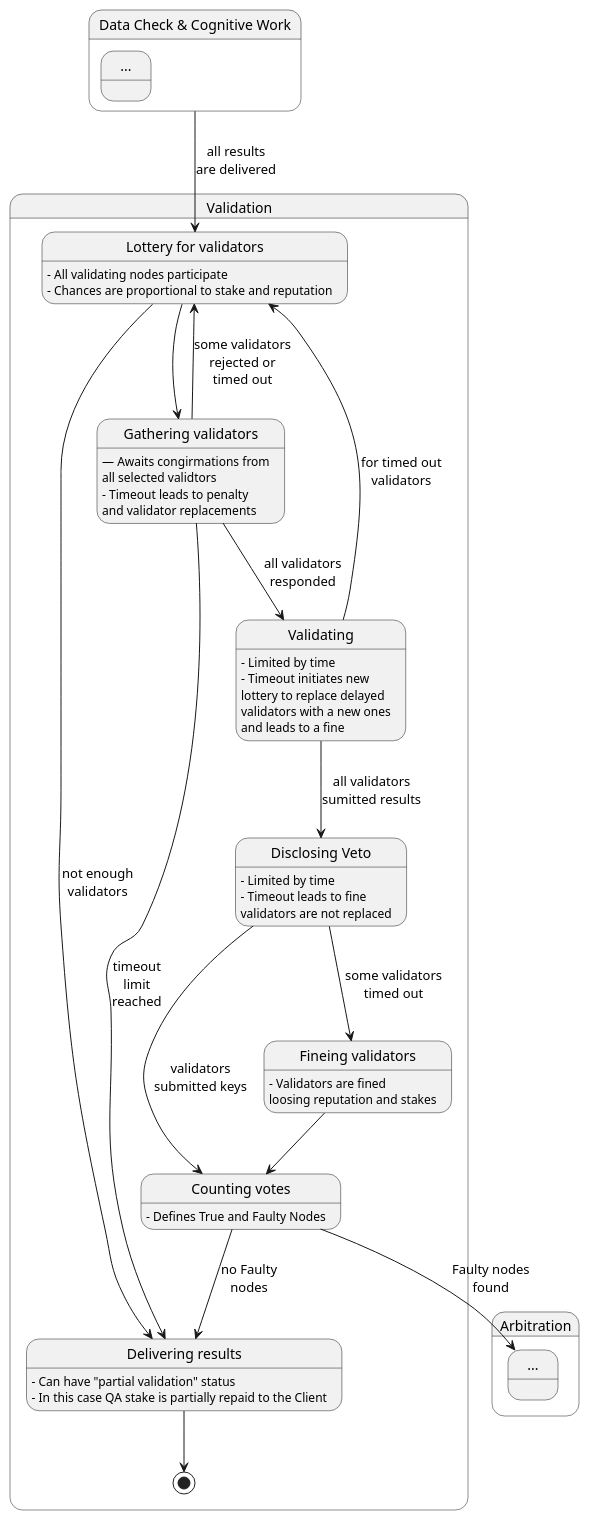
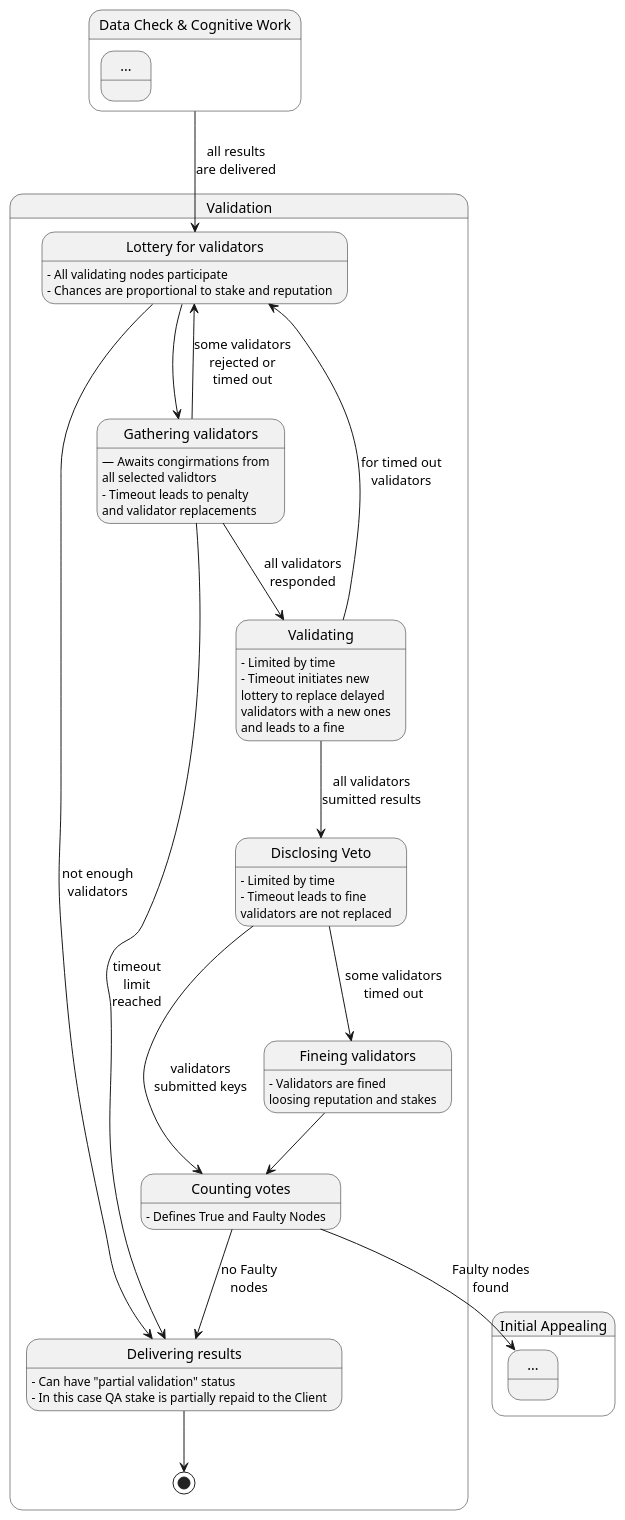
The diagram in state_validation.plantuml (pandoraboxchain/pocw-techspecs), drawn with PlantUML before and after one commit.

```diff
--- a/state_validation.plantuml
+++ b/state_validation.plantuml
@@ -1,61 +1,61 @@
 @startuml
 state "Data Check & Cognitive Work" as cognition {
   state "..." as prev
 }
 
 state "Validation" as validation {
   state "Lottery for validators" as lottery
   state "Gathering validators" as wait
   state "Validating" as validating
   state "Disclosing Veto" as disclosing
   state "Counting votes" as counting
   state "Fineing validators" as fineing
   state "Delivering results" as delivering
 
   lottery: – All validating nodes participate
   lottery: – Chances are proportional to stake and reputation
 
   wait: — Awaits congirmations from
   wait:   all selected validtors
   wait: – Timeout leads to penalty
   wait:   and validator replacements
 
   delivering: – Can have "partial validation" status
   delivering: – In this case QA stake is partially repaid to the Client
 
   validating: – Limited by time
   validating: – Timeout initiates new
   validating:   lottery to replace delayed
   validating:   validators with a new ones
   validating:   and leads to a fine
 
   disclosing: – Limited by time
   disclosing: – Timeout leads to fine
   disclosing:   validators are not replaced
 
   fineing: – Validators are fined
   fineing:   loosing reputation and stakes
 
   counting: – Defines True and Faulty Nodes
 
   cognition --> lottery: all results\nare delivered
   lottery --> wait
   lottery --> delivering: not enough\nvalidators
   wait --> lottery: some validators\nrejected or\ntimed out
   wait --> validating: all validators\nresponded
   wait --> delivering: timeout\nlimit\nreached
   validating --> disclosing: all validators\nsumitted results
   validating --> lottery: for timed out\nvalidators
   disclosing --> counting: validators\nsubmitted keys
   disclosing --> fineing: some validators\ntimed out
   fineing --> counting
   counting --> delivering: no Faulty\nnodes
   delivering --> [*]
 }
 
-state "Arbitration" as arbitration {
+state "Initial Appealing" as appealing {
   state "..." as more
 }
 
 counting --> more: Faulty nodes\nfound
 @enduml
```
